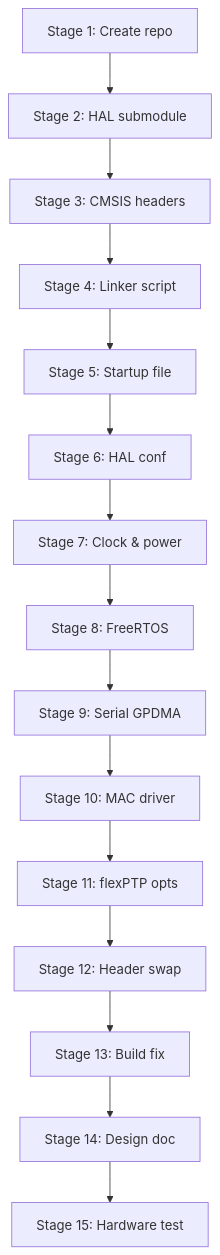
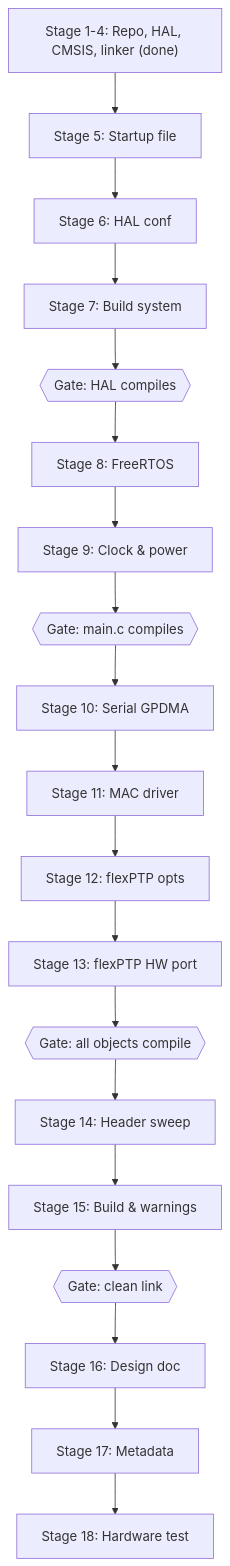
One commit to damiendusha/flexPTP-demo-NUCLEO-H563ZI changed the diagram in docs/implementation_plan.md. Above: the diagram before and after it, drawn with Mermaid. The commit also changed other lines of this file and 3 other files, not shown here.

````diff
--- a/docs/implementation_plan.md
+++ b/docs/implementation_plan.md
@@ -272,17 +449,21 @@
 ```mermaid
 graph TD
-    A["Stage 1: Create repo"] --> B["Stage 2: HAL submodule"]
-    B --> C["Stage 3: CMSIS headers"]
-    C --> D["Stage 4: Linker script"]
-    D --> E["Stage 5: Startup file"]
+    A["Stage 1-4: Repo, HAL, CMSIS, linker (done)"] --> E["Stage 5: Startup file"]
     E --> F["Stage 6: HAL conf"]
-    F --> G["Stage 7: Clock & power"]
-    G --> H["Stage 8: FreeRTOS"]
-    H --> I["Stage 9: Serial GPDMA"]
-    I --> J["Stage 10: MAC driver"]
-    J --> K["Stage 11: flexPTP opts"]
-    K --> L["Stage 12: Header swap"]
-    L --> M["Stage 13: Build fix"]
-    M --> N["Stage 14: Design doc"]
-    N --> O["Stage 15: Hardware test"]
+    F --> G["Stage 7: Build system"]
+    G --> G1{{"Gate: HAL compiles"}}
+    G1 --> H["Stage 8: FreeRTOS"]
+    H --> I["Stage 9: Clock & power"]
+    I --> I1{{"Gate: main.c compiles"}}
+    I1 --> J["Stage 10: Serial GPDMA"]
+    J --> K["Stage 11: MAC driver"]
+    K --> L["Stage 12: flexPTP opts"]
+    L --> M["Stage 13: flexPTP HW port"]
+    M --> M1{{"Gate: all objects compile"}}
+    M1 --> N["Stage 14: Header sweep"]
+    N --> O["Stage 15: Build & warnings"]
+    O --> O1{{"Gate: clean link"}}
+    O1 --> P["Stage 16: Design doc"]
+    P --> Q["Stage 17: Metadata"]
+    Q --> R["Stage 18: Hardware test"]
 ```
````
